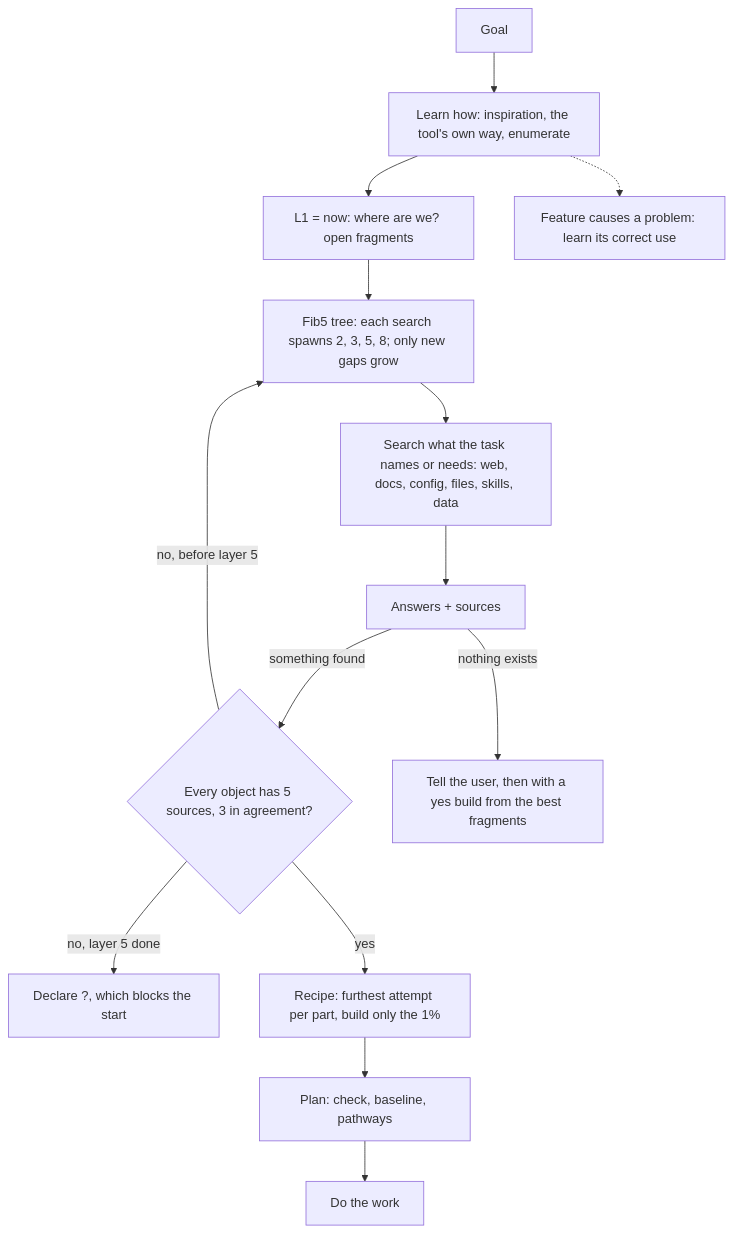
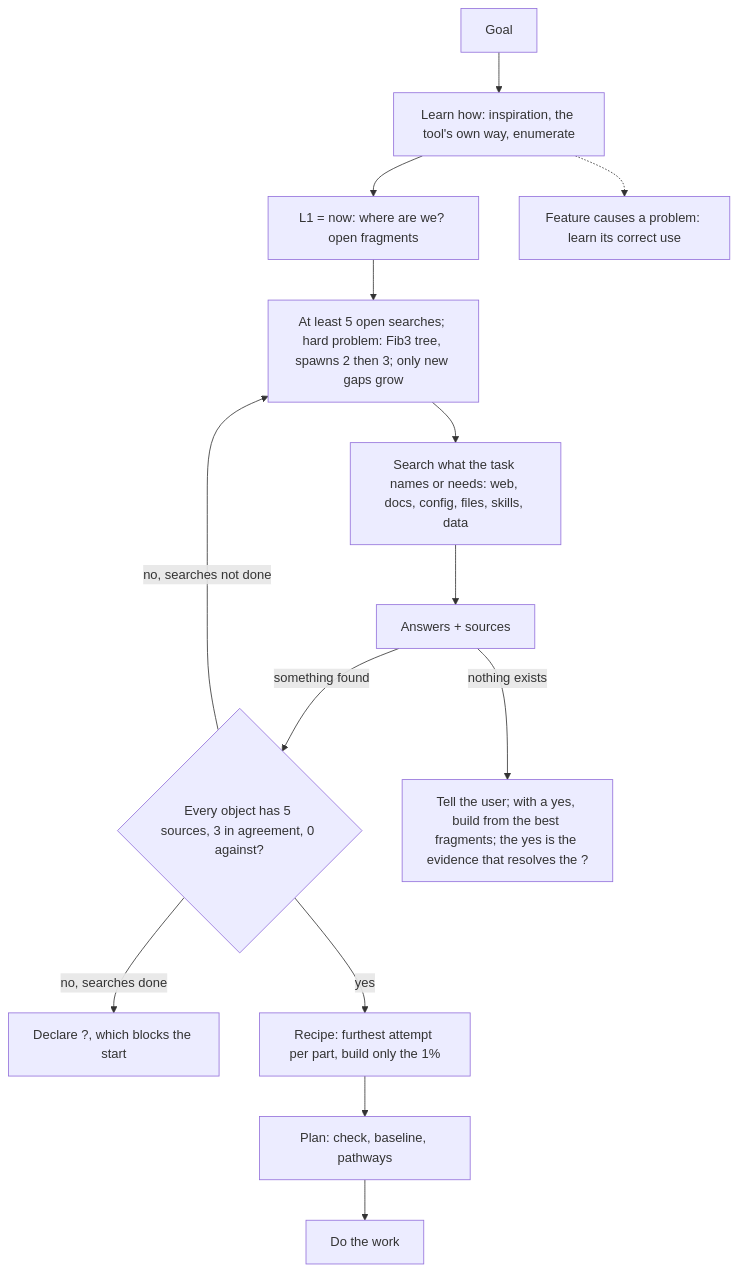
One commit to SolenixAI/arbiter changed the fourth of 14 diagrams in AGENTS.md. Above: the diagram before and after it, drawn with Mermaid. The commit also changed other lines of this file, not shown here.

````diff
--- a/AGENTS.md
+++ b/AGENTS.md
@@ -180,10 +184,10 @@
 ```mermaid
 flowchart TD
-  G[Goal] --> L[Learn how: inspiration, the tool's own way, enumerate] --> F1["L1 = now: where are we? open fragments"] --> Q["Fib5 tree: each search spawns 2, 3, 5, 8; only new gaps grow"] --> S[Search what the task names or needs: web, docs, config, files, skills, data]
-  S --> A[Answers + sources] -->|something found| N{Every object has 5 sources, 3 in agreement?}
-  N -->|no, before layer 5| Q
-  N -->|no, layer 5 done| X3["Declare ?, which blocks the start"]
+  G[Goal] --> L[Learn how: inspiration, the tool's own way, enumerate] --> F1["L1 = now: where are we? open fragments"] --> Q["At least 5 open searches; hard problem: Fib3 tree, spawns 2 then 3; only new gaps grow"] --> S[Search what the task names or needs: web, docs, config, files, skills, data]
+  S --> A[Answers + sources] -->|something found| N{Every object has 5 sources, 3 in agreement, 0 against?}
+  N -->|no, searches not done| Q
+  N -->|no, searches done| X3["Declare ?, which blocks the start"]
   N -->|yes| R[Recipe: furthest attempt per part, build only the 1%] --> P[Plan: check, baseline, pathways] --> B[Do the work]
-  A -->|nothing exists| U[Tell the user, then with a yes build from the best fragments]
+  A -->|nothing exists| U["Tell the user; with a yes, build from the best fragments; the yes is the evidence that resolves the ?"]
   L -.-> NB[Feature causes a problem: learn its correct use]
 ```
````
